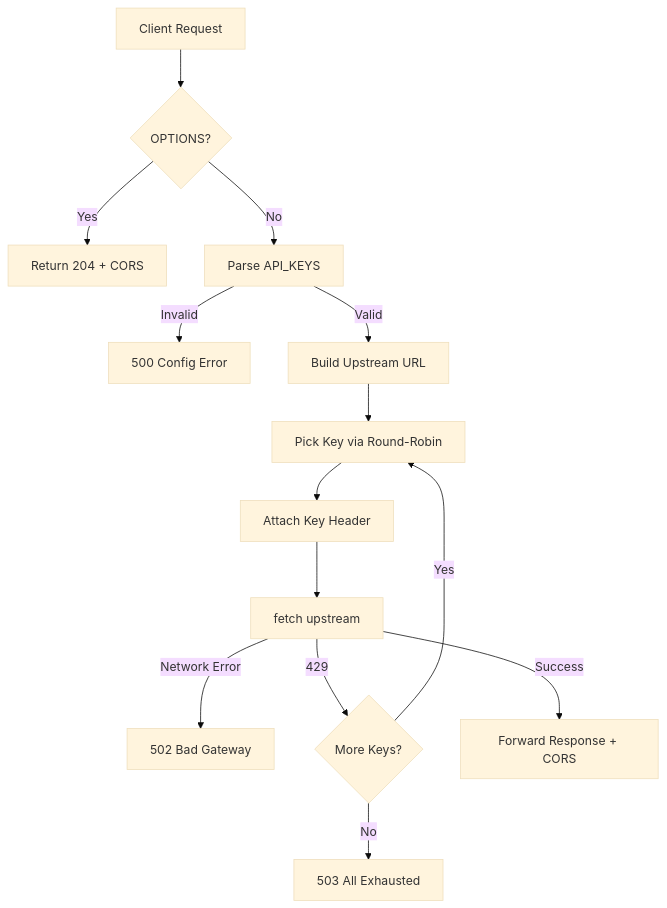
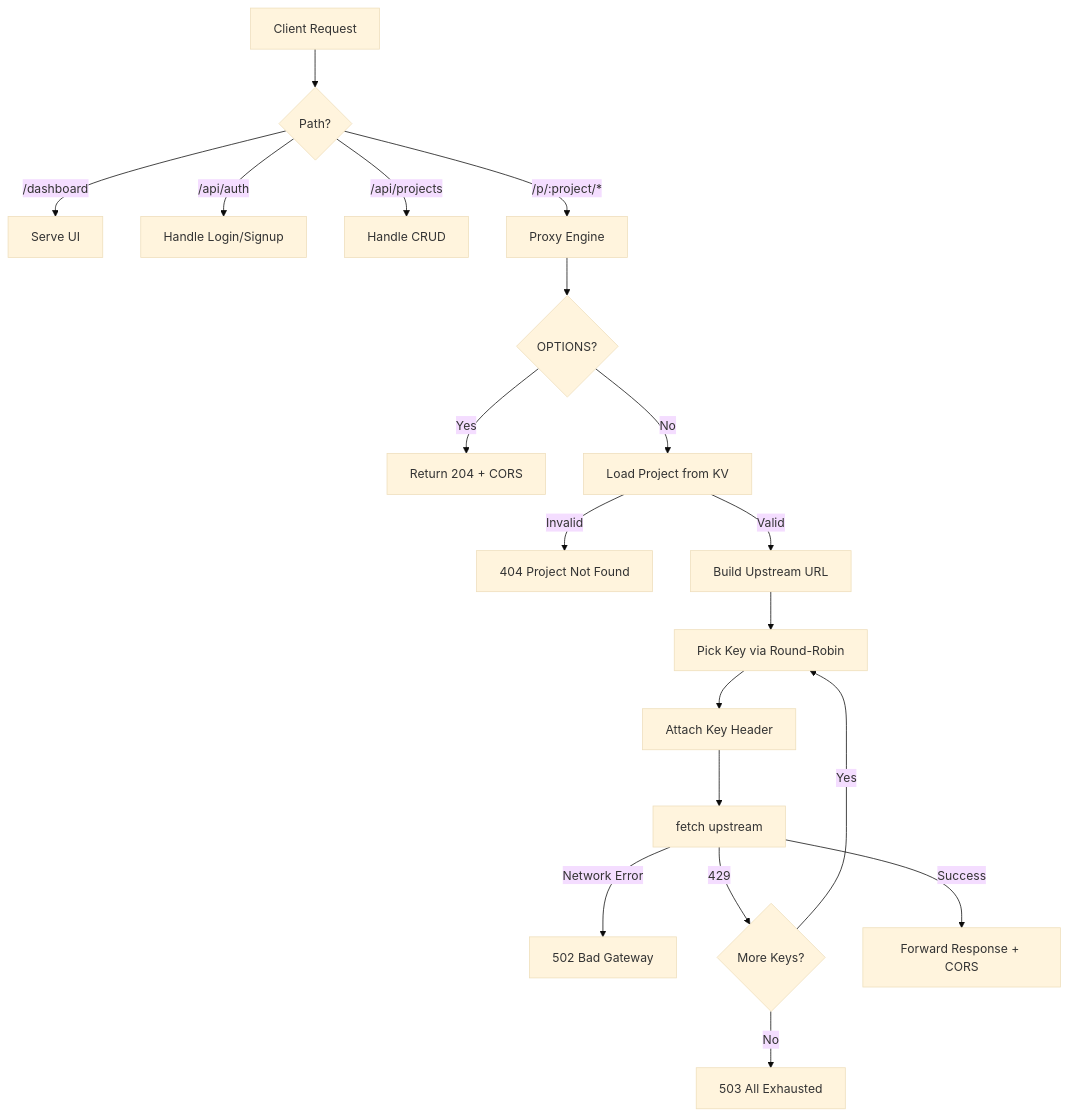
Before and after one commit to justkalesh/Route429: the diagram in DESIGN.md, drawn with Mermaid (base theme). The commit also changed other lines of this file and 20 other files, not shown here.

````diff
--- a/DESIGN.md
+++ b/DESIGN.md
@@ -93,16 +63,22 @@
 ```mermaid
 flowchart TD
-    A[Client Request] --> B{OPTIONS?}
-    B -- Yes --> C[Return 204 + CORS]
-    B -- No --> D[Parse API_KEYS]
-    D -- Invalid --> E[500 Config Error]
-    D -- Valid --> F[Build Upstream URL]
-    F --> G[Pick Key via Round-Robin]
-    G --> H[Attach Key Header]
-    H --> I[fetch upstream]
-    I -- Network Error --> J[502 Bad Gateway]
-    I -- 429 --> K{More Keys?}
-    K -- Yes --> G
-    K -- No --> L[503 All Exhausted]
-    I -- Success --> M[Forward Response + CORS]
+    A[Client Request] --> B{Path?}
+    B -- /dashboard --> C[Serve UI]
+    B -- /api/auth --> D[Handle Login/Signup]
+    B -- /api/projects --> E[Handle CRUD]
+    B -- /p/:project/* --> F[Proxy Engine]
+    
+    F --> G{OPTIONS?}
+    G -- Yes --> H[Return 204 + CORS]
+    G -- No --> I[Load Project from KV]
+    I -- Invalid --> J[404 Project Not Found]
+    I -- Valid --> K[Build Upstream URL]
+    K --> L[Pick Key via Round-Robin]
+    L --> M[Attach Key Header]
+    M --> N[fetch upstream]
+    N -- Network Error --> O[502 Bad Gateway]
+    N -- 429 --> P{More Keys?}
+    P -- Yes --> L
+    P -- No --> Q[503 All Exhausted]
+    N -- Success --> R[Forward Response + CORS]
 ```
````
